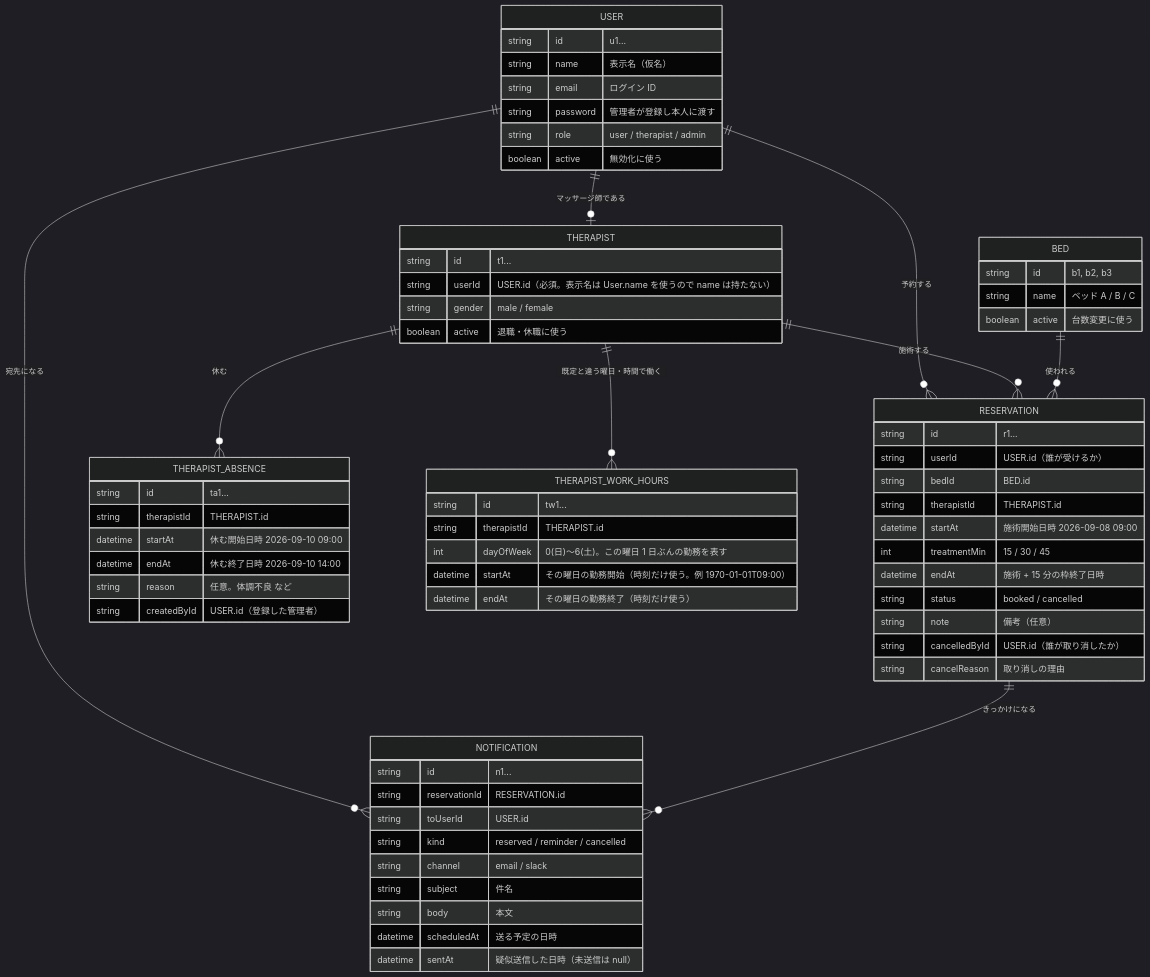
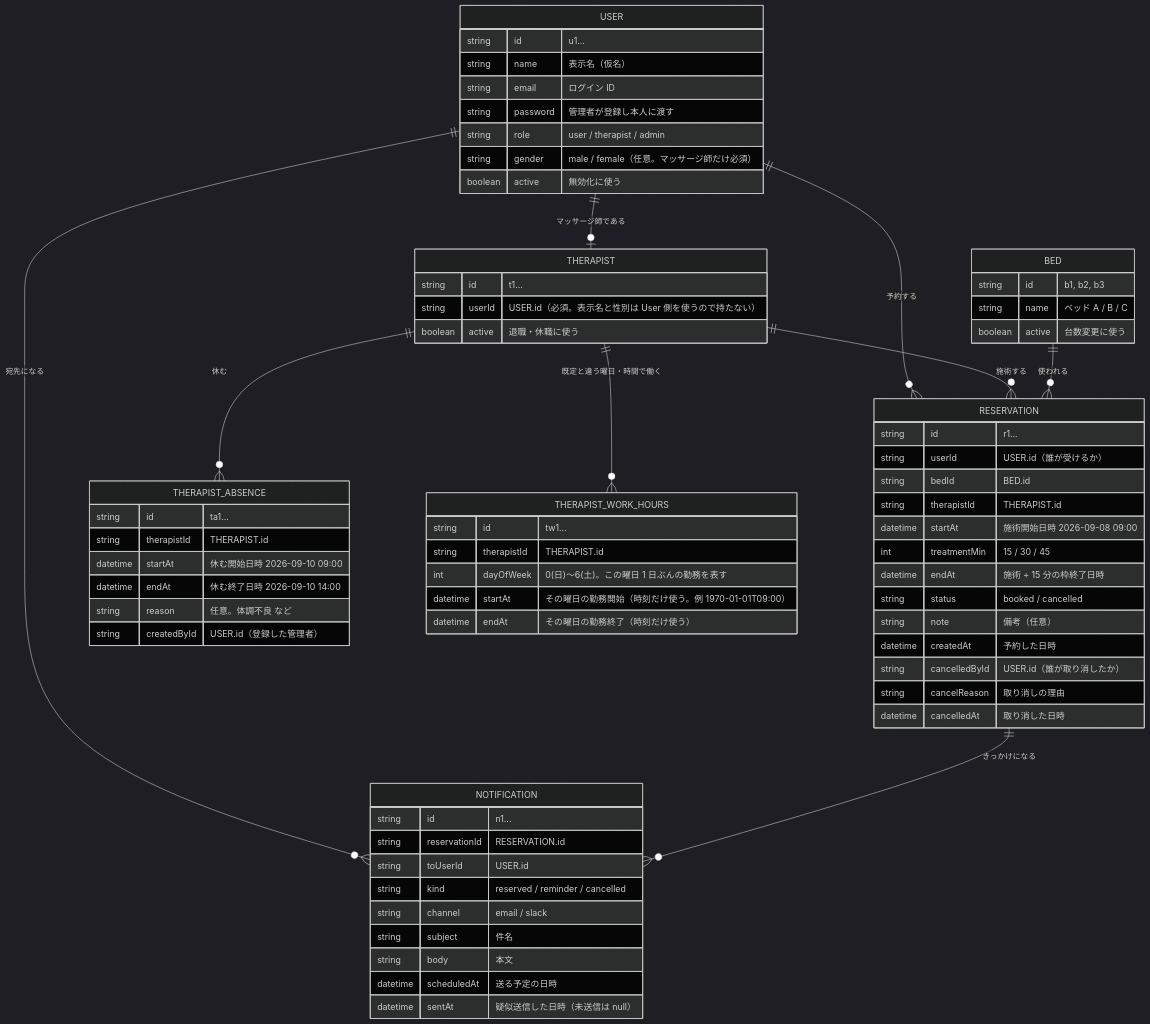
One commit to e225721B/RefreshHub changed the diagram in docs/intern/diagrams/er-v2.mmd. Above: the diagram before and after it, drawn with Mermaid (dark theme). The commit also changed 3 other files, not shown here.

Commit message:
er図とmdの修正

```diff
--- a/docs/intern/diagrams/er-v2.mmd
+++ b/docs/intern/diagrams/er-v2.mmd
@@ -1,68 +1,70 @@
 erDiagram
   USER ||--o{ RESERVATION : "予約する"
   USER ||--o| THERAPIST : "マッサージ師である"
   USER ||--o{ NOTIFICATION : "宛先になる"
   THERAPIST ||--o{ THERAPIST_ABSENCE : "休む"
   THERAPIST ||--o{ THERAPIST_WORK_HOURS : "既定と違う曜日・時間で働く"
   THERAPIST ||--o{ RESERVATION : "施術する"
   BED ||--o{ RESERVATION : "使われる"
   RESERVATION ||--o{ NOTIFICATION : "きっかけになる"
 
   USER {
     string id "u1..."
     string name "表示名（仮名）"
     string email "ログイン ID"
     string password "管理者が登録し本人に渡す"
     string role "user / therapist / admin"
+    string gender "male / female（任意。マッサージ師だけ必須）"
     boolean active "無効化に使う"
   }
   THERAPIST {
     string id "t1..."
-    string userId "USER.id（必須。表示名は User.name を使うので name は持たない）"
-    string gender "male / female"
+    string userId "USER.id（必須。表示名と性別は User 側を使うので持たない）"
     boolean active "退職・休職に使う"
   }
   BED {
     string id "b1, b2, b3"
     string name "ベッド A / B / C"
     boolean active "台数変更に使う"
   }
   THERAPIST_ABSENCE {
     string id "ta1..."
     string therapistId "THERAPIST.id"
     datetime startAt "休む開始日時 2026-09-10 09:00"
     datetime endAt "休む終了日時 2026-09-10 14:00"
     string reason "任意。体調不良 など"
     string createdById "USER.id（登録した管理者）"
   }
   THERAPIST_WORK_HOURS {
     string id "tw1..."
     string therapistId "THERAPIST.id"
     int dayOfWeek "0(日)〜6(土)。この曜日 1 日ぶんの勤務を表す"
     datetime startAt "その曜日の勤務開始（時刻だけ使う。例 1970-01-01T09:00）"
     datetime endAt "その曜日の勤務終了（時刻だけ使う）"
   }
   RESERVATION {
     string id "r1..."
     string userId "USER.id（誰が受けるか）"
     string bedId "BED.id"
     string therapistId "THERAPIST.id"
     datetime startAt "施術開始日時 2026-09-08 09:00"
     int treatmentMin "15 / 30 / 45"
     datetime endAt "施術 + 15 分の枠終了日時"
     string status "booked / cancelled"
     string note "備考（任意）"
+    datetime createdAt "予約した日時"
     string cancelledById "USER.id（誰が取り消したか）"
     string cancelReason "取り消しの理由"
+    datetime cancelledAt "取り消した日時"
   }
   NOTIFICATION {
     string id "n1..."
     string reservationId "RESERVATION.id"
     string toUserId "USER.id"
     string kind "reserved / reminder / cancelled"
     string channel "email / slack"
     string subject "件名"
     string body "本文"
     datetime scheduledAt "送る予定の日時"
     datetime sentAt "疑似送信した日時（未送信は null）"
   }
```
